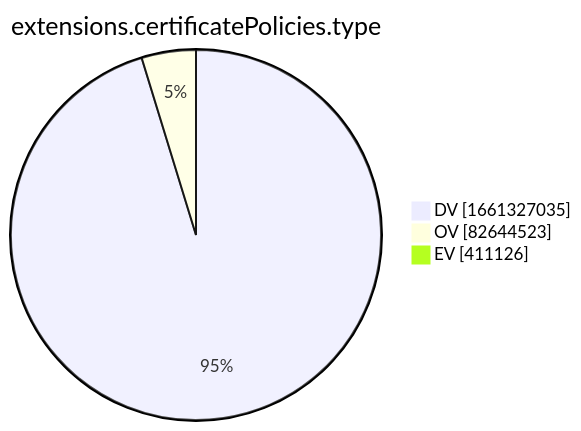
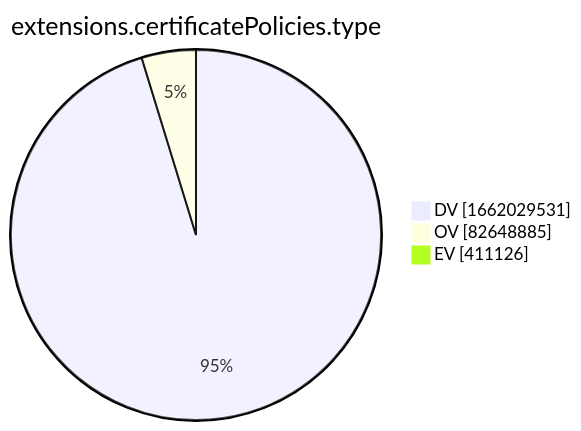
Before and after one commit to christiankrug/ctmonitor_visualization: the tenth of 15 diagrams in xenon2022/README.md, drawn with Mermaid. The commit also changed other lines of this file, not shown here.

````diff
--- a/xenon2022/README.md
+++ b/xenon2022/README.md
@@ -2880,7 +2880,7 @@
 ```mermaid
 pie showData
 title extensions.certificatePolicies.type
-"DV" :1661327035
-"OV" :82644523
+"DV" :1662029531
+"OV" :82648885
 "EV" :411126
 ```
````
